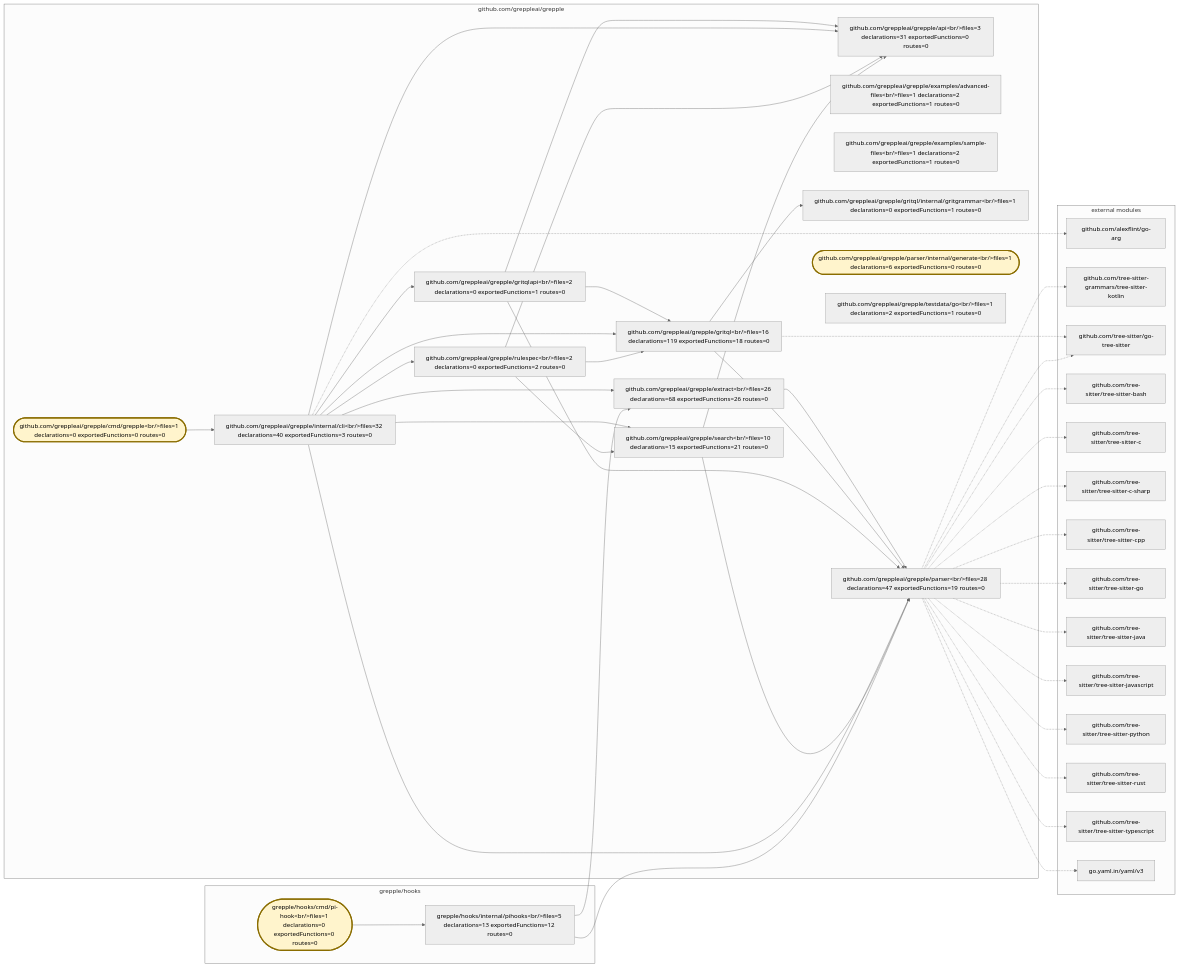
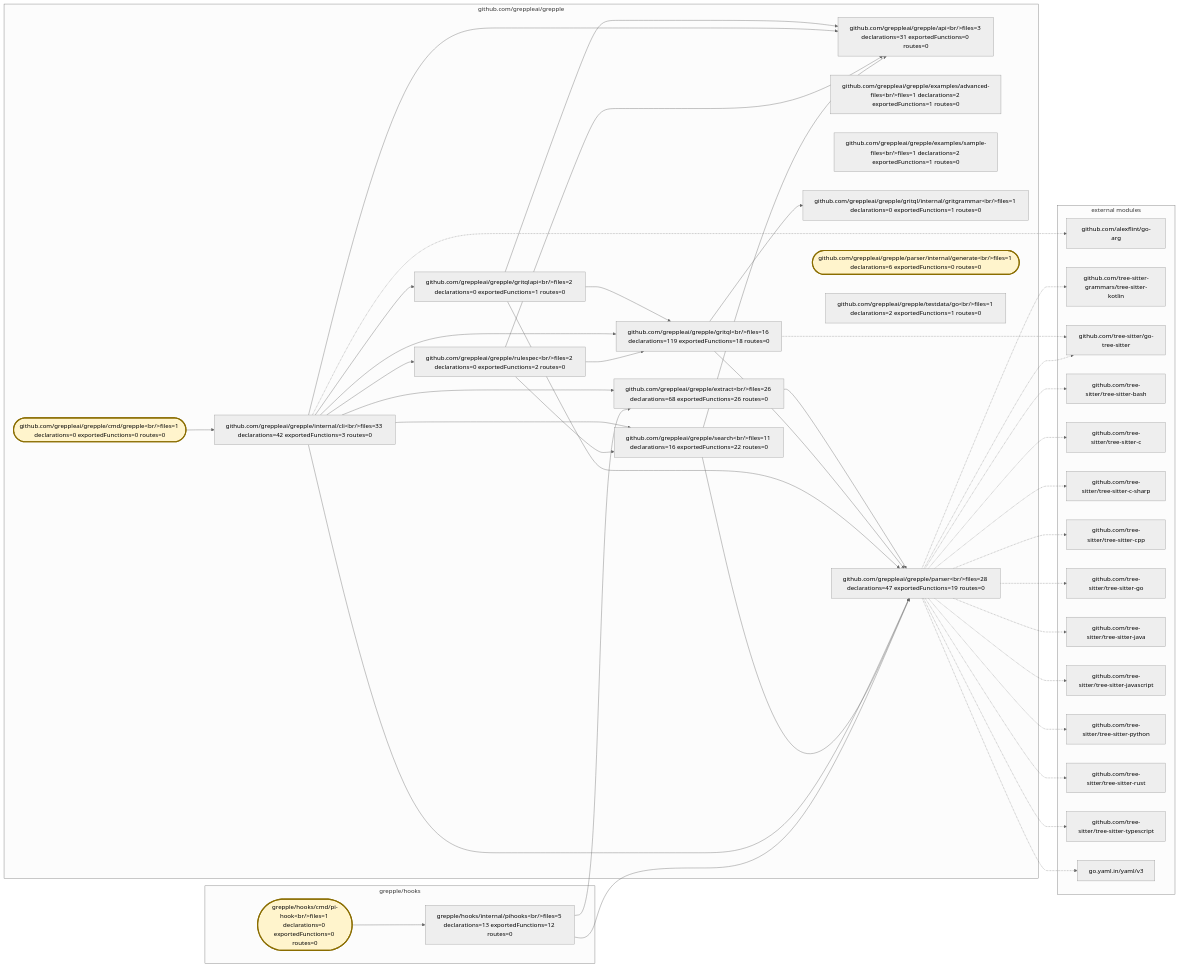
Before and after one commit to greppleai/grepple: the diagram in .grepple/project.workspace/overview.mmd, drawn with Mermaid (neutral theme). The commit also changed 17 other files, not shown here.

Commit message:
feat: add focused graph call queries

```diff
--- a/.grepple/project.workspace/overview.mmd
+++ b/.grepple/project.workspace/overview.mmd
@@ -1,78 +1,78 @@
 flowchart LR
     classDef entrypoint fill:#fff4cc,stroke:#8a6d00,stroke-width:3px
     subgraph module_0["github.com/greppleai/grepple"]
         package_0["github.com/greppleai/grepple/api&lt;br/&gt;files=3 declarations=31 exportedFunctions=0 routes=0"]
         package_1(["github.com/greppleai/grepple/cmd/grepple&lt;br/&gt;files=1 declarations=0 exportedFunctions=0 routes=0"])
         class package_1 entrypoint
         package_2["github.com/greppleai/grepple/examples/advanced-files&lt;br/&gt;files=1 declarations=2 exportedFunctions=1 routes=0"]
         package_3["github.com/greppleai/grepple/examples/sample-files&lt;br/&gt;files=1 declarations=2 exportedFunctions=1 routes=0"]
         package_4["github.com/greppleai/grepple/extract&lt;br/&gt;files=26 declarations=68 exportedFunctions=26 routes=0"]
         package_5["github.com/greppleai/grepple/gritql&lt;br/&gt;files=16 declarations=119 exportedFunctions=18 routes=0"]
         package_6["github.com/greppleai/grepple/gritql/internal/gritgrammar&lt;br/&gt;files=1 declarations=0 exportedFunctions=1 routes=0"]
         package_7["github.com/greppleai/grepple/gritqlapi&lt;br/&gt;files=2 declarations=0 exportedFunctions=1 routes=0"]
-        package_8["github.com/greppleai/grepple/internal/cli&lt;br/&gt;files=32 declarations=40 exportedFunctions=3 routes=0"]
+        package_8["github.com/greppleai/grepple/internal/cli&lt;br/&gt;files=33 declarations=42 exportedFunctions=3 routes=0"]
         package_9["github.com/greppleai/grepple/parser&lt;br/&gt;files=28 declarations=47 exportedFunctions=19 routes=0"]
         package_10(["github.com/greppleai/grepple/parser/internal/generate&lt;br/&gt;files=1 declarations=6 exportedFunctions=0 routes=0"])
         class package_10 entrypoint
         package_11["github.com/greppleai/grepple/rulespec&lt;br/&gt;files=2 declarations=0 exportedFunctions=2 routes=0"]
-        package_12["github.com/greppleai/grepple/search&lt;br/&gt;files=10 declarations=15 exportedFunctions=21 routes=0"]
+        package_12["github.com/greppleai/grepple/search&lt;br/&gt;files=11 declarations=16 exportedFunctions=22 routes=0"]
         package_13["github.com/greppleai/grepple/testdata/go&lt;br/&gt;files=1 declarations=2 exportedFunctions=1 routes=0"]
     end
     subgraph module_1["grepple/hooks"]
         package_14(["grepple/hooks/cmd/pi-hook&lt;br/&gt;files=1 declarations=0 exportedFunctions=0 routes=0"])
         class package_14 entrypoint
         package_15["grepple/hooks/internal/pihooks&lt;br/&gt;files=5 declarations=13 exportedFunctions=12 routes=0"]
     end
     package_1 --> package_8
     package_4 --> package_9
     package_5 --> package_6
     package_5 --> package_9
     package_7 --> package_0
     package_7 --> package_5
     package_7 --> package_9
     package_8 --> package_0
     package_8 --> package_4
     package_8 --> package_5
     package_8 --> package_7
     package_8 --> package_9
     package_8 --> package_11
     package_8 --> package_12
     package_11 --> package_0
     package_11 --> package_5
     package_11 --> package_12
     package_12 --> package_0
     package_12 --> package_9
     package_14 --> package_15
     package_15 --> package_4
     package_15 --> package_9
     subgraph external_dependencies["external modules"]
         external_0["github.com/alexflint/go-arg"]
         external_1["github.com/tree-sitter-grammars/tree-sitter-kotlin"]
         external_2["github.com/tree-sitter/go-tree-sitter"]
         external_3["github.com/tree-sitter/tree-sitter-bash"]
         external_4["github.com/tree-sitter/tree-sitter-c"]
         external_5["github.com/tree-sitter/tree-sitter-c-sharp"]
         external_6["github.com/tree-sitter/tree-sitter-cpp"]
         external_7["github.com/tree-sitter/tree-sitter-go"]
         external_8["github.com/tree-sitter/tree-sitter-java"]
         external_9["github.com/tree-sitter/tree-sitter-javascript"]
         external_10["github.com/tree-sitter/tree-sitter-python"]
         external_11["github.com/tree-sitter/tree-sitter-rust"]
         external_12["github.com/tree-sitter/tree-sitter-typescript"]
         external_13["go.yaml.in/yaml/v3"]
     end
     package_8 -.-> external_0
     package_9 -.-> external_1
     package_5 -.-> external_2
     package_9 -.-> external_2
     package_9 -.-> external_3
     package_9 -.-> external_4
     package_9 -.-> external_5
     package_9 -.-> external_6
     package_9 -.-> external_7
     package_9 -.-> external_8
     package_9 -.-> external_9
     package_9 -.-> external_10
     package_9 -.-> external_11
     package_9 -.-> external_12
     package_9 -.-> external_13
```
